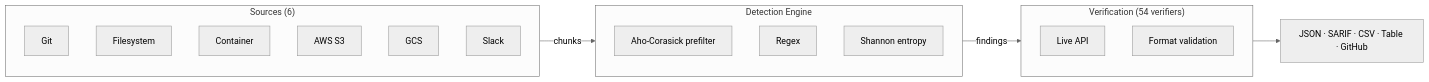
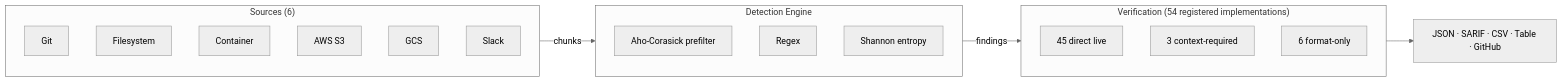
The diagram in README.md (cemililik/Leakwatch), drawn with Mermaid (neutral theme) before and after one commit. The commit also changed other lines of this file and 35 other files, not shown here.

````diff
--- a/README.md
+++ b/README.md
@@ -283,23 +285,24 @@
 ```mermaid
 flowchart LR
     subgraph Sources["Sources (6)"]
         S1["Git"]
         S2["Filesystem"]
         S3["Container"]
         S4["AWS S3"]
         S5["GCS"]
         S6["Slack"]
     end
     subgraph Engine["Detection Engine"]
         E1["Aho-Corasick prefilter"]
         E2["Regex"]
         E3["Shannon entropy"]
     end
-    subgraph Verify["Verification (54 verifiers)"]
-        V1["Live API"]
-        V2["Format validation"]
+    subgraph Verify["Verification (54 registered implementations)"]
+        V1["45 direct live"]
+        V2["3 context-required"]
+        V3["6 format-only"]
     end
     Sources -->|chunks| Engine
     Engine -->|findings| Verify
     Verify --> Output["JSON · SARIF · CSV · Table · GitHub"]
 ```
````
